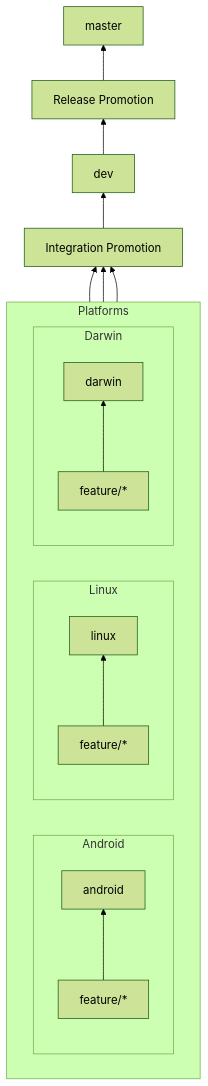
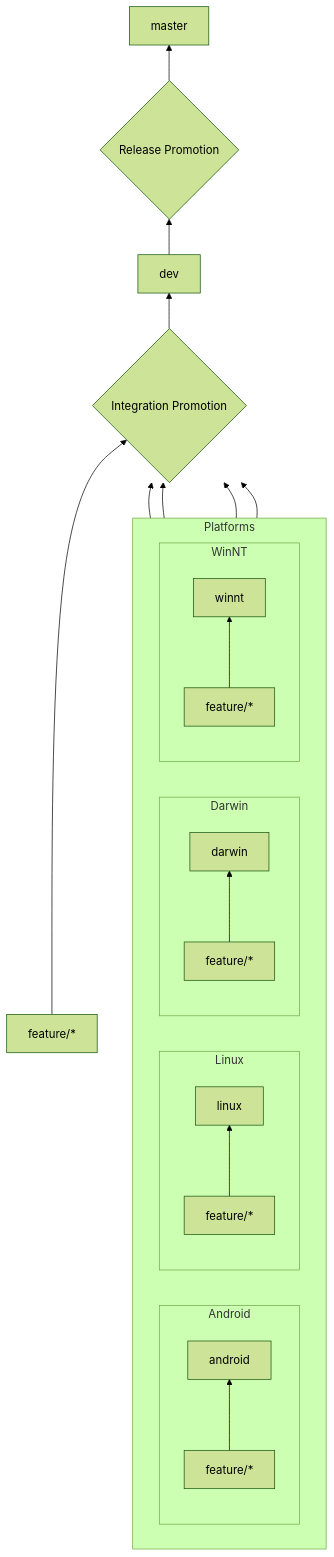
Before and after one commit to psychocodermonkey/RLyehPSX: the diagram in docs/development-workflow.md, drawn with Mermaid (forest theme). The commit also changed other lines of this file, not shown here.

First line of the commit message:
Update promotion flowchart

````diff
--- a/docs/development-workflow.md
+++ b/docs/development-workflow.md
@@ -57,44 +40,56 @@
 ```mermaid
 flowchart BT
 
     master["master"]
 
-    release["Release Promotion"]
+    release{"Release Promotion"}
 
     dev["dev"]
 
-    integration["Integration Promotion"]
+    integration{"Integration Promotion"}
+
+    feature["feature/*"]
 
     subgraph Platforms
         direction LR
 
         subgraph Android
             direction BT
             aFeature["feature/*"]
             android["android"]
             aFeature --> android
         end
 
         subgraph Linux
             direction BT
             lFeature["feature/*"]
             linux["linux"]
             lFeature --> linux
         end
 
         subgraph Darwin
             direction BT
             dFeature["feature/*"]
             darwin["darwin"]
             dFeature --> darwin
         end
+
+        subgraph WinNT
+            direction BT
+            wFeature["feature/*"]
+            winnt["winnt"]
+            wFeature --> winnt
+        end
     end
+
+    feature --> integration
 
     android --> integration
     linux --> integration
     darwin --> integration
+    winnt --> integration
 
     integration --> dev
     dev --> release
     release --> master
 ```
````
